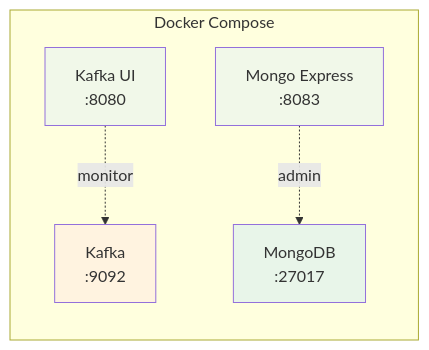
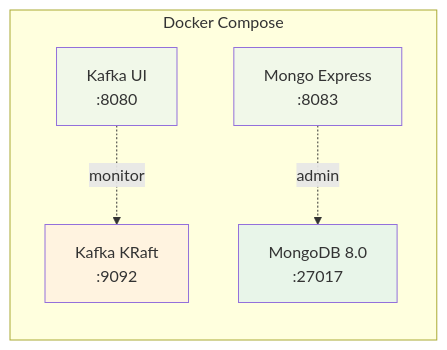
The third of 9 diagrams in README_NEW.md (arthur8davis/tfm-dataflow-architecture), drawn with Mermaid before and after one commit. The commit also changed other lines of this file and 9 other files, not shown here.

````diff
--- a/README_NEW.md
+++ b/README_NEW.md
@@ -89,17 +107,17 @@
 ```mermaid
 flowchart LR
     subgraph Docker["Docker Compose"]
-        Kafka["Kafka\n:9092"]
-        MongoDB["MongoDB\n:27017"]
+        Kafka["Kafka KRaft\n:9092"]
+        MongoDB["MongoDB 8.0\n:27017"]
         KafkaUI["Kafka UI\n:8080"]
         MongoExpress["Mongo Express\n:8083"]
     end
 
     KafkaUI -.-> |monitor| Kafka
     MongoExpress -.-> |admin| MongoDB
 
     style Kafka fill:#fff3e0
     style MongoDB fill:#e8f5e9
     style KafkaUI fill:#f1f8e9
     style MongoExpress fill:#f1f8e9
 ```
````
